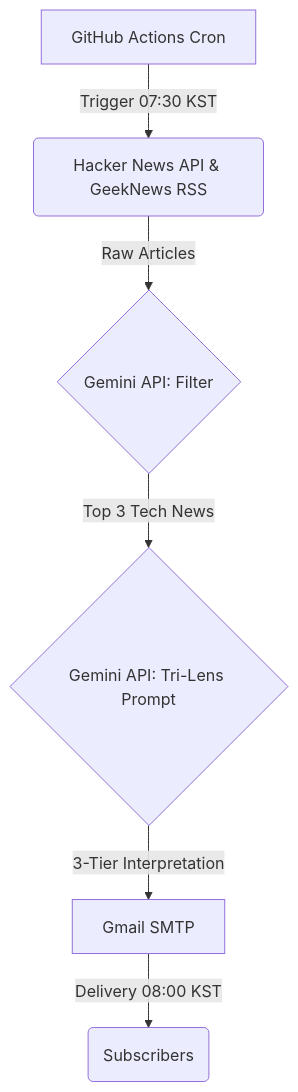
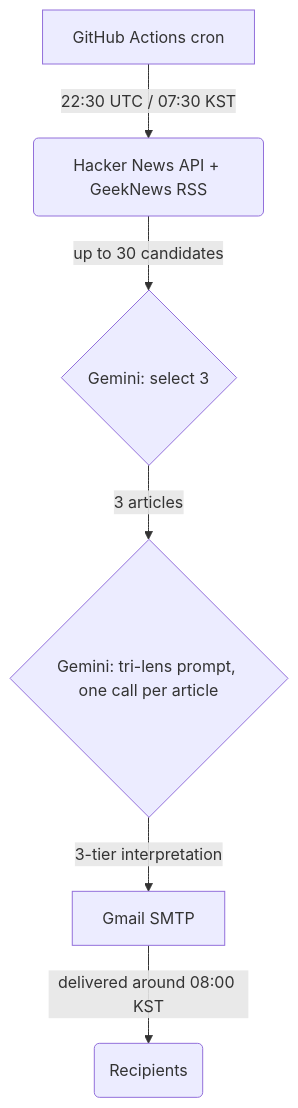
Before and after one commit to liminal-cipher/tri-lens-news: the diagram in README.md, drawn with Mermaid. The commit also changed other lines of this file, not shown here.

````diff
--- a/README.md
+++ b/README.md
@@ -26,8 +28,8 @@
 ```mermaid
 graph TD
-    A[GitHub Actions Cron] -->|Trigger 07:30 KST| B(Hacker News API & GeekNews RSS)
-    B -->|Raw Articles| C{Gemini API: Filter}
-    C -->|Top 3 Tech News| D{Gemini API: Tri-Lens Prompt}
-    D -->|3-Tier Interpretation| E[Gmail SMTP]
-    E -->|Delivery 08:00 KST| F(Subscribers)
+    A[GitHub Actions cron] -->|22:30 UTC / 07:30 KST| B(Hacker News API + GeekNews RSS)
+    B -->|up to 30 candidates| C{Gemini: select 3}
+    C -->|3 articles| D{Gemini: tri-lens prompt, one call per article}
+    D -->|3-tier interpretation| E[Gmail SMTP]
+    E -->|delivered around 08:00 KST| F(Recipients)
 ```
````
